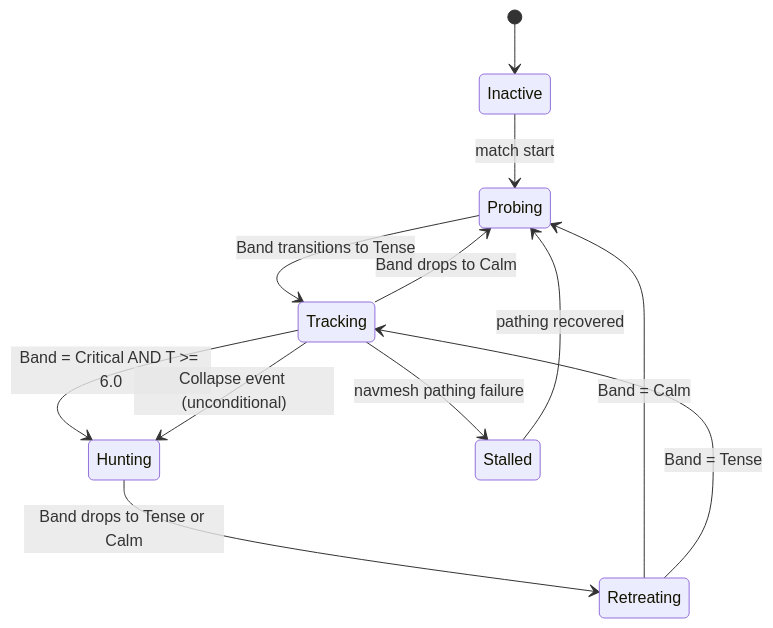
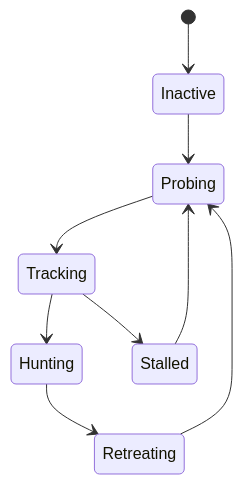
The second of 2 diagrams in Project-Echo/docs/GDD/10 Monster AI.md (snehadpatel/QuestBit), drawn with Mermaid before and after one commit. The commit also changed other lines of this file and 11 other files, not shown here.

Commit message:
docs(gdd): sync core gameplay, monster AI, objectives, and architecture design documents

````diff
--- a/Project-Echo/docs/GDD/10 Monster AI.md
+++ b/Project-Echo/docs/GDD/10 Monster AI.md
@@ -61,14 +40,11 @@
 ```mermaid
 stateDiagram-v2
     [*] --> Inactive
-    Inactive --> Probing : match start
-    Probing --> Tracking : Band transitions to Tense
-    Tracking --> Probing : Band drops to Calm
-    Tracking --> Hunting : Band = Critical AND T >= 6.0
-    Tracking --> Hunting : Collapse event (unconditional)
-    Hunting --> Retreating : Band drops to Tense or Calm
-    Retreating --> Probing : Band = Calm
-    Retreating --> Tracking : Band = Tense
-    Tracking --> Stalled : navmesh pathing failure
-    Stalled --> Probing : pathing recovered
+    Inactive --> Probing
+    Probing --> Tracking
+    Tracking --> Hunting
+    Hunting --> Retreating
+    Retreating --> Probing
+    Tracking --> Stalled
+    Stalled --> Probing
 ```
````
